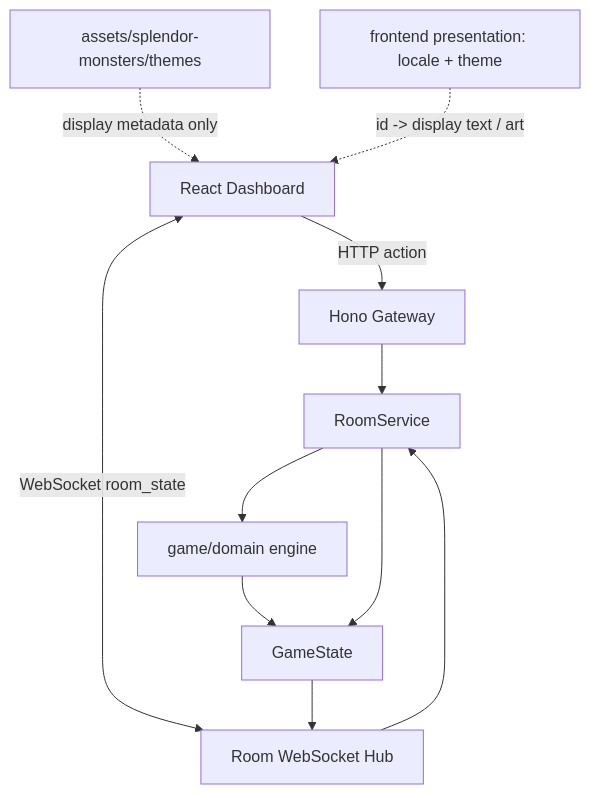
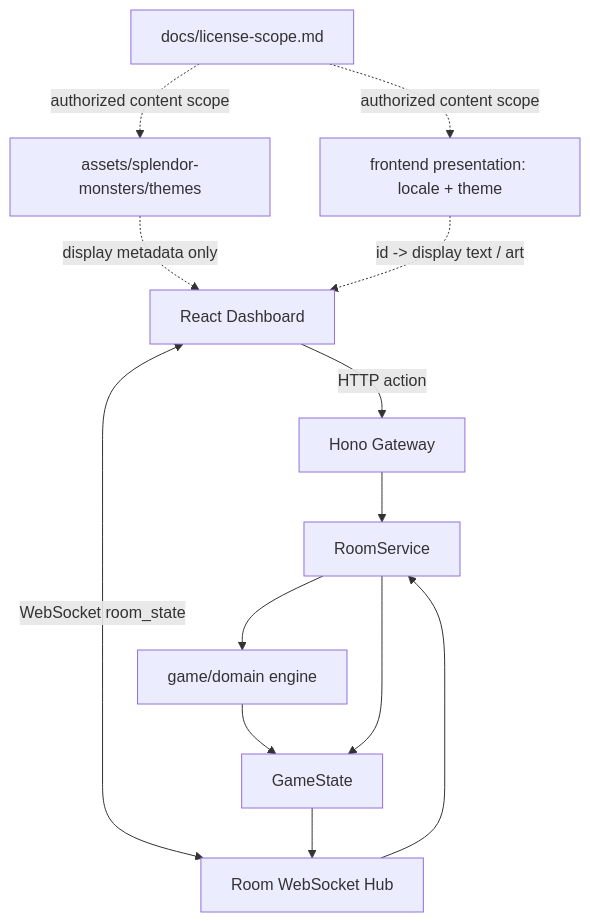
One commit to Lyinsun/splendor-ts changed the first of 2 diagrams in docs/架构设计.md. Above: the diagram before and after it, drawn with Mermaid. The commit also changed other lines of this file and 33 other files, not shown here.

````diff
--- a/docs/架构设计.md
+++ b/docs/架构设计.md
@@ -17,13 +17,15 @@
 ```mermaid
 flowchart TD
     Browser["React Dashboard"] -->|HTTP action| Gateway["Hono Gateway"]
     Browser <-->|WebSocket room_state| WSHub["Room WebSocket Hub"]
     Gateway --> RoomService["RoomService"]
     WSHub --> RoomService
     RoomService --> Engine["game/domain engine"]
     Engine --> State["GameState"]
     RoomService --> State
     State --> WSHub
     Assets["assets/splendor-monsters/themes"] -. "display metadata only" .-> Browser
     Presentation["frontend presentation: locale + theme"] -. "id -> display text / art" .-> Browser
+    License["docs/license-scope.md"] -. "authorized content scope" .-> Assets
+    License -. "authorized content scope" .-> Presentation
 ```
````
